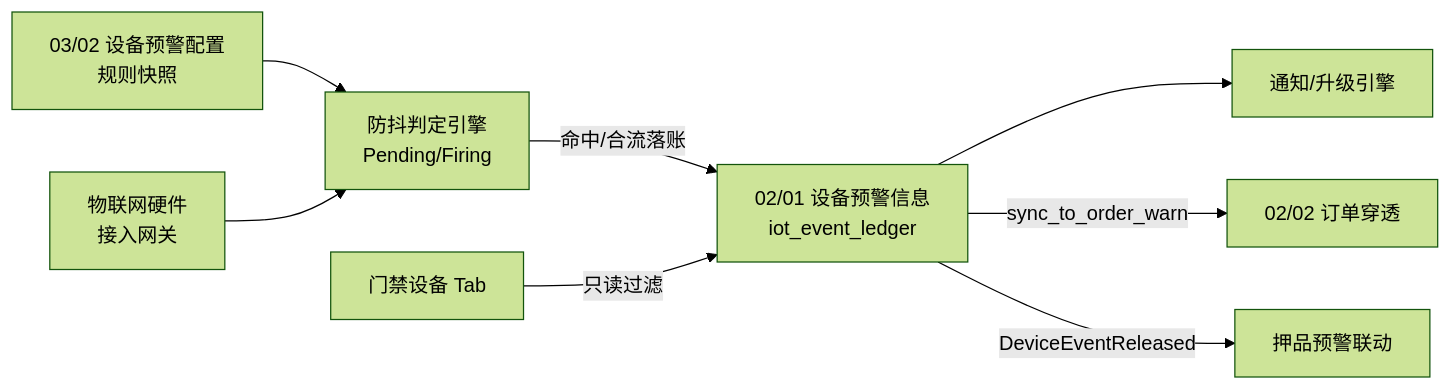
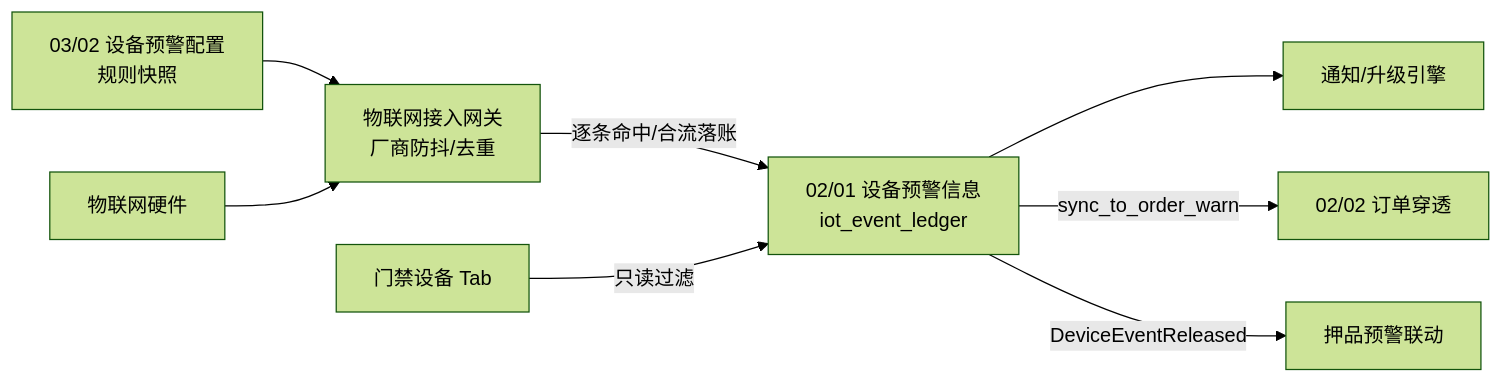
Before and after one commit to RobertHuang999/SYZC: the first of 3 diagrams in 02-PRD文档/B-迭代需求/6.2版本（2026.08）/02-预警信息/01设备预警信息/设备预警信息主PRD.md, drawn with Mermaid (forest theme). The commit also changed other lines of this file and 121 other files, not shown here.

````diff
--- a/02-PRD文档/B-迭代需求/6.2版本（2026.08）/02-预警信息/01设备预警信息/设备预警信息主PRD.md
+++ b/02-PRD文档/B-迭代需求/6.2版本（2026.08）/02-预警信息/01设备预警信息/设备预警信息主PRD.md
@@ -78,10 +78,10 @@
 ```mermaid
 flowchart LR
-    A["03/02 设备预警配置<br/>规则快照"] --> B["防抖判定引擎<br/>Pending/Firing"]
-    C["物联网硬件<br/>接入网关"] --> B
-    B -->|"命中/合流落账"| D["02/01 设备预警信息<br/>iot_event_ledger"]
+    A["03/02 设备预警配置<br/>规则快照"] --> B["物联网接入网关<br/>厂商防抖/去重"]
+    C["物联网硬件"] --> B
+    B -->|"逐条命中/合流落账"| D["02/01 设备预警信息<br/>iot_event_ledger"]
     D --> E["通知/升级引擎"]
     D -->|"sync_to_order_warn"| F["02/02 订单穿透"]
     D -->|"DeviceEventReleased"| G["押品预警联动"]
     H["门禁设备 Tab"] -->|"只读过滤"| D
 ```
````
